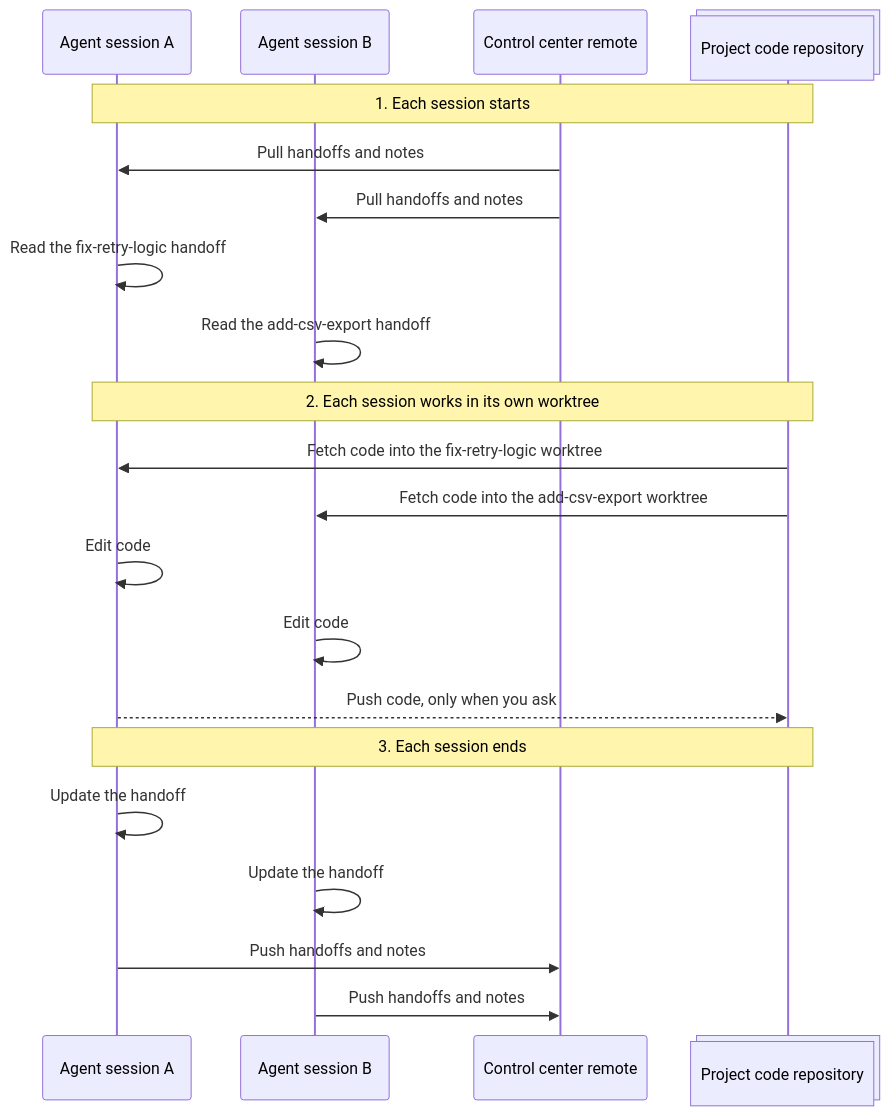
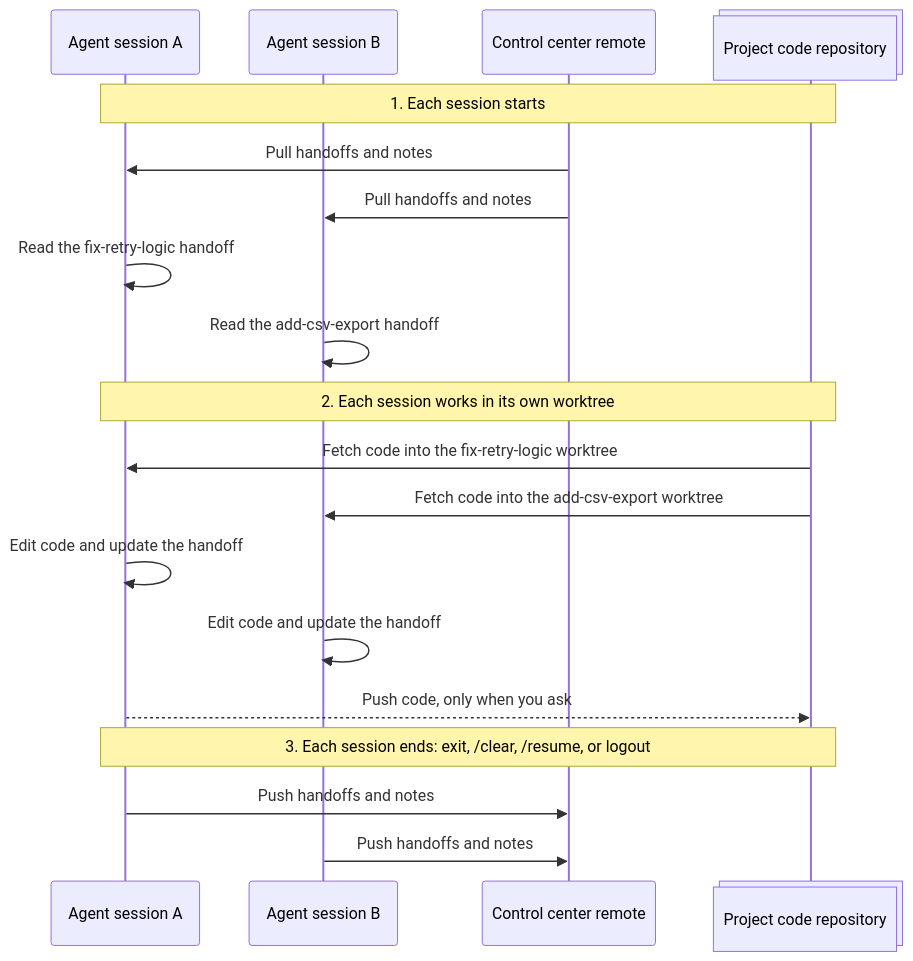
Before and after one commit to znicholasbrown/agent-control-center: the diagram in README.md, drawn with Mermaid. The commit also changed other lines of this file, not shown here.

````diff
--- a/README.md
+++ b/README.md
@@ -37,26 +40,24 @@
 ```mermaid
 sequenceDiagram
     participant A as Agent session A
     participant B as Agent session B
     participant CC as Control center remote
     participant R@{ "type": "collections" } as Project code repository
 
     Note over A,R: 1. Each session starts
     CC->>A: Pull handoffs and notes
     CC->>B: Pull handoffs and notes
     A->>A: Read the fix-retry-logic handoff
     B->>B: Read the add-csv-export handoff
 
     Note over A,R: 2. Each session works in its own worktree
     R->>A: Fetch code into the fix-retry-logic worktree
     R->>B: Fetch code into the add-csv-export worktree
-    A->>A: Edit code
-    B->>B: Edit code
+    A->>A: Edit code and update the handoff
+    B->>B: Edit code and update the handoff
     A-->>R: Push code, only when you ask
 
-    Note over A,R: 3. Each session ends
-    A->>A: Update the handoff
-    B->>B: Update the handoff
+    Note over A,R: 3. Each session ends: exit, /clear, /resume, or logout
     A->>CC: Push handoffs and notes
     B->>CC: Push handoffs and notes
 ```
````
